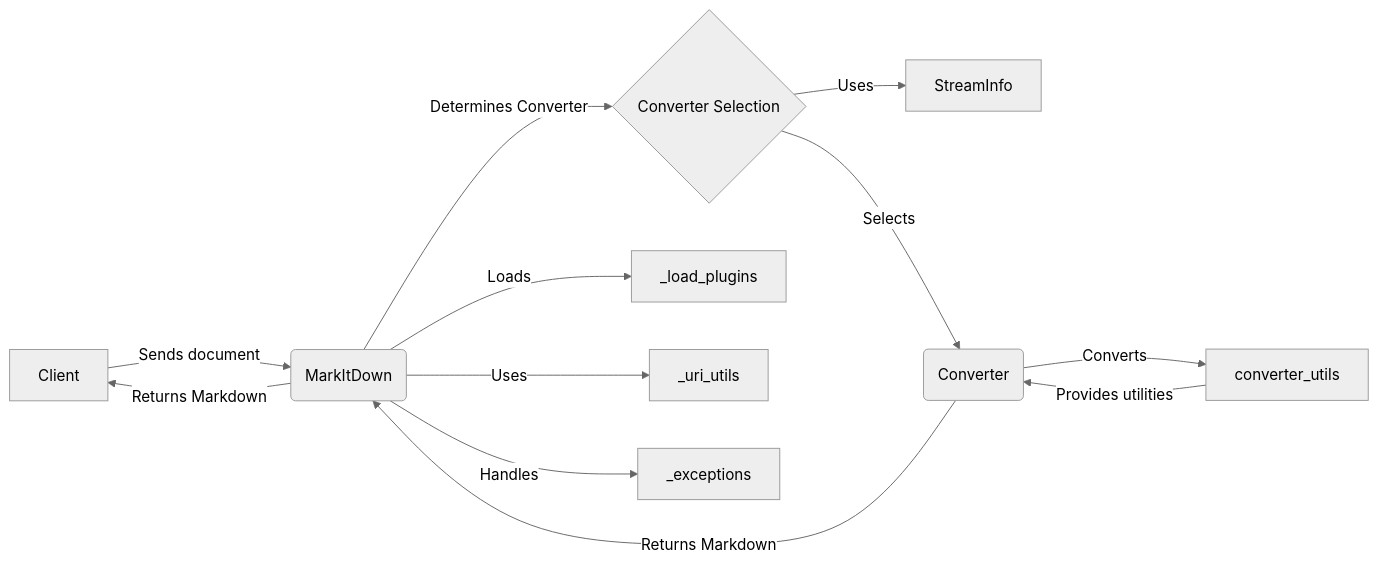
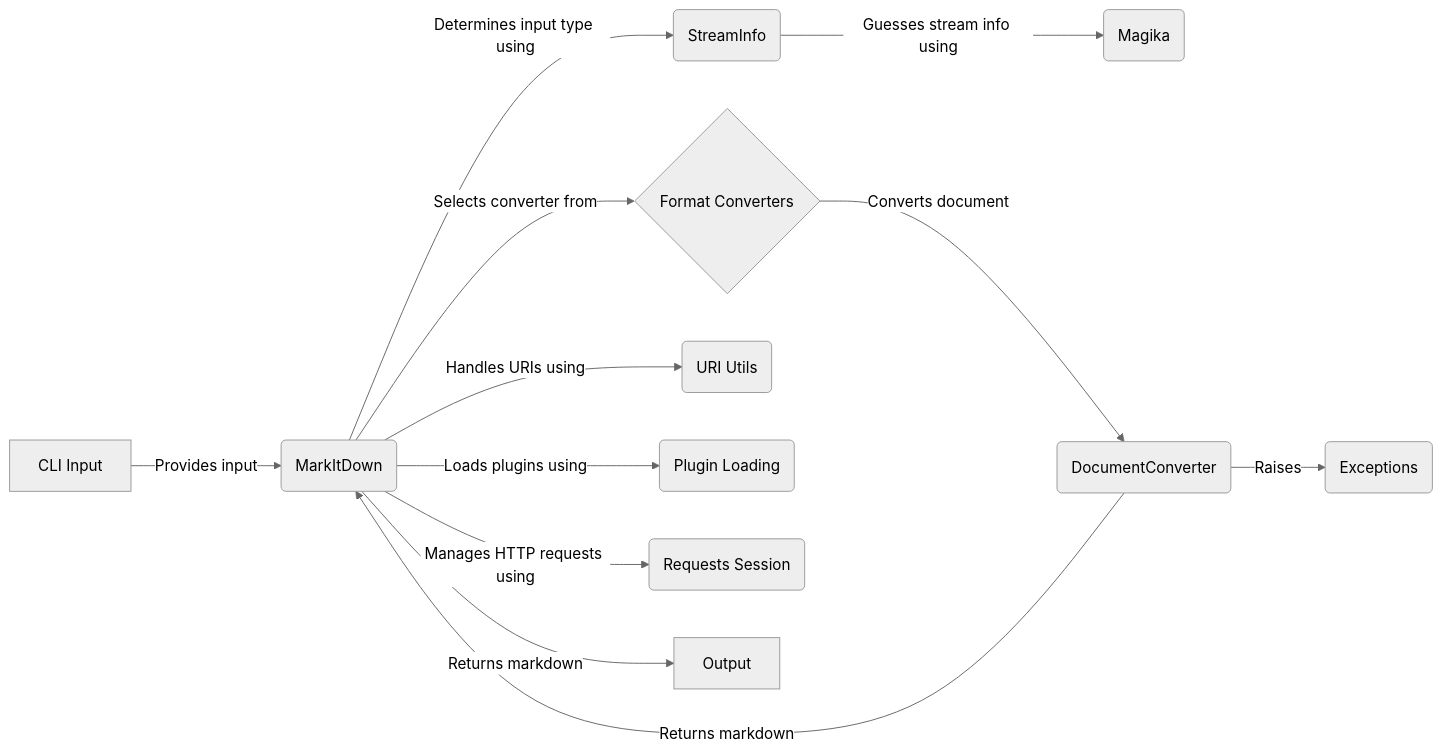
One commit to CodeBoarding/GeneratedOnBoardings changed the diagram in markitdown/Core Conversion Manager.md. Above: the diagram before and after it, drawn with Mermaid (neutral theme). The commit also changed other lines of this file and 7 other files, not shown here.

````diff
--- a/markitdown/Core Conversion Manager.md
+++ b/markitdown/Core Conversion Manager.md
@@ -1,17 +1,16 @@
 ```mermaid
 graph LR
-    A[Client] -- Sends document --> B(MarkItDown) 
-    B -- Determines Converter --> C{Converter Selection}
-    C -- Uses --> D[StreamInfo]
-    C -- Selects --> E(Converter)
-    E -- Converts --> F[converter_utils]
-    F -- Provides utilities --> E
-    E -- Returns Markdown --> B
-    B -- Returns Markdown --> A
-    B -- Loads --> G[_load_plugins]
-    B -- Uses --> H[_uri_utils]
-    B -- Handles --> I[_exceptions]
-
+    A[CLI Input] -- Provides input --> B(MarkItDown) 
+    B -- Determines input type using --> C(StreamInfo) 
+    C -- Guesses stream info using --> D(Magika)
+    B -- Selects converter from --> E{Format Converters}
+    E -- Converts document --> F(DocumentConverter)
+    B -- Handles URIs using --> G("URI Utils")
+    B -- Loads plugins using --> H("Plugin Loading")
+    B -- Manages HTTP requests using --> I("Requests Session")
+    F -- Raises --> J(Exceptions)
+    F -- Returns markdown --> B
+    B -- Returns markdown --> K[Output]
 
 
 ```
````
